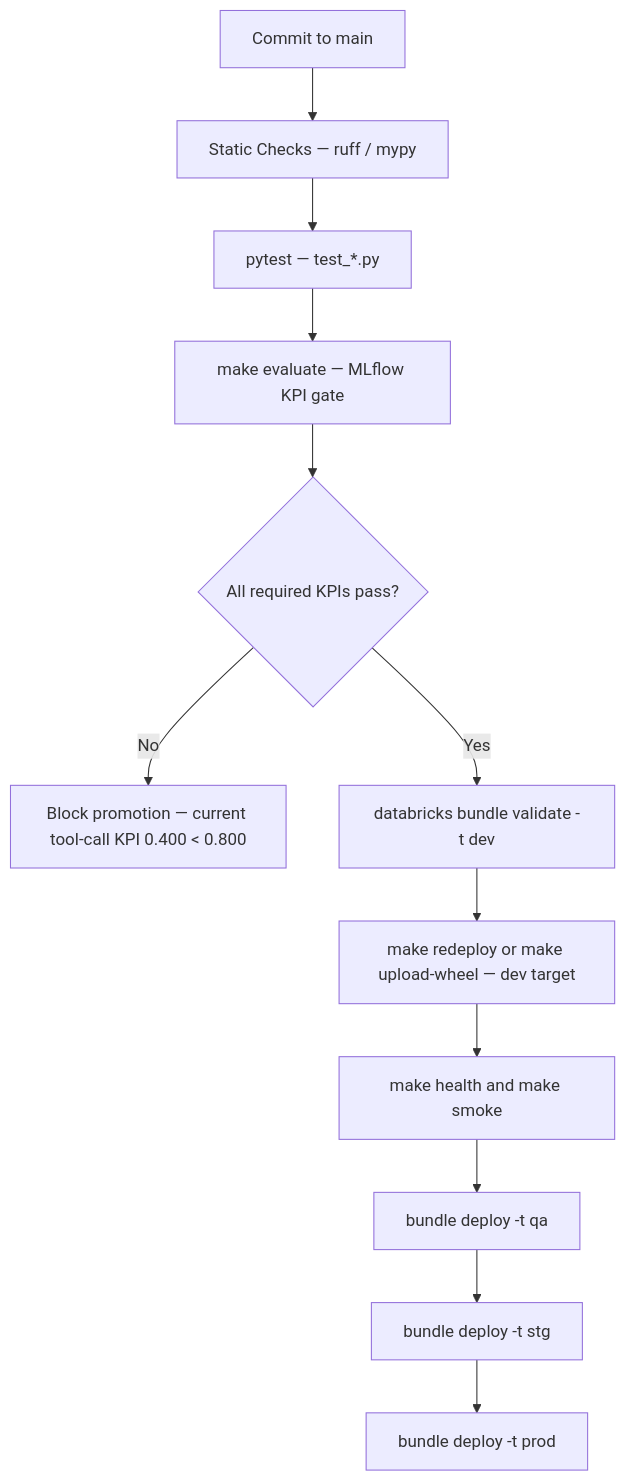
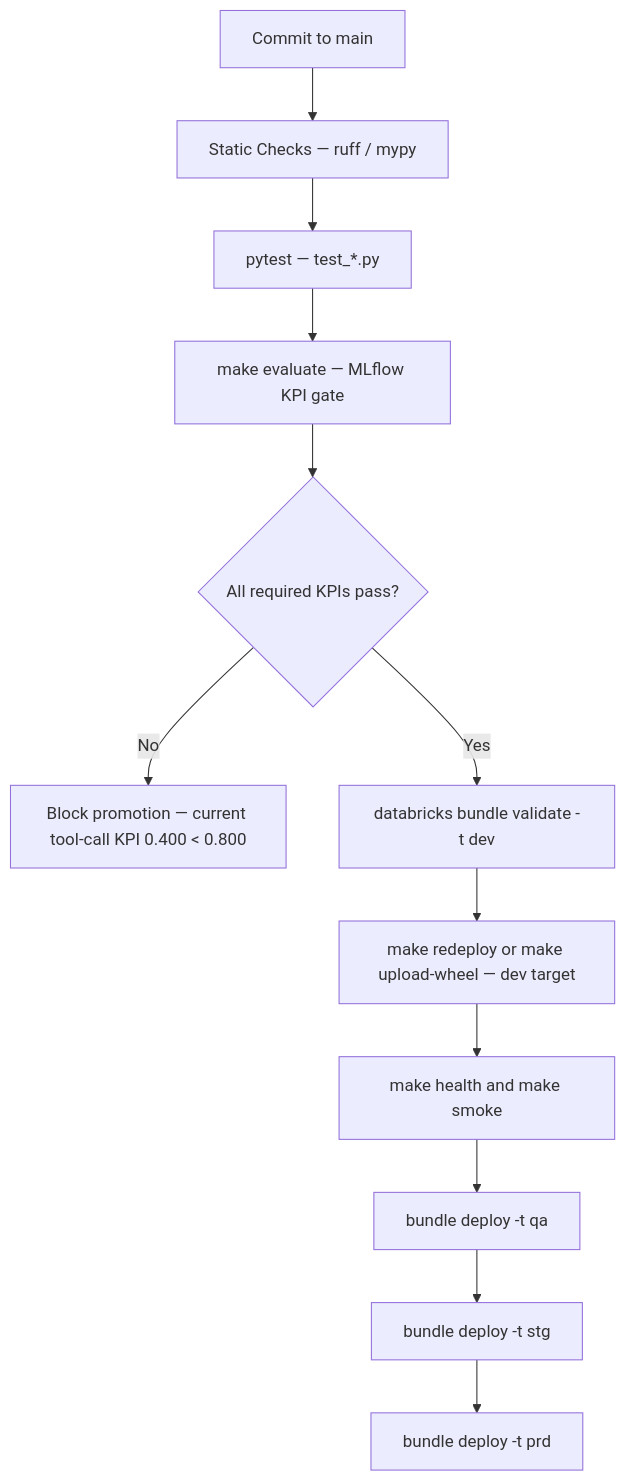
One commit to wchen-dea/Governed-Multi-Agent-Intelligence-on-Databricks changed the second of 5 diagrams in docs/architecture/design-artifacts/06-deployment-detailed.md. Above: the diagram before and after it, drawn with Mermaid. The commit also changed other lines of this file and 106 other files, not shown here.

````diff
--- a/docs/architecture/design-artifacts/06-deployment-detailed.md
+++ b/docs/architecture/design-artifacts/06-deployment-detailed.md
@@ -31,14 +31,14 @@
 ```mermaid
 flowchart TD
     Commit[Commit to main] --> Lint[Static Checks — ruff / mypy]
     Lint --> Unit[pytest — test_*.py]
     Unit --> Eval[make evaluate — MLflow KPI gate]
     Eval --> Decision{All required KPIs pass?}
     Decision -- No --> Block[Block promotion — current tool-call KPI 0.400 < 0.800]
     Decision -- Yes --> Validate[databricks bundle validate -t dev]
     Validate --> DeployDev[make redeploy or make upload-wheel — dev target]
     DeployDev --> Smoke[make health and make smoke]
     Smoke --> DeployQA[bundle deploy -t qa]
     DeployQA --> DeployStg[bundle deploy -t stg]
-    DeployStg --> DeployProd[bundle deploy -t prod]
+    DeployStg --> DeployProd[bundle deploy -t prd]
 ```
````
